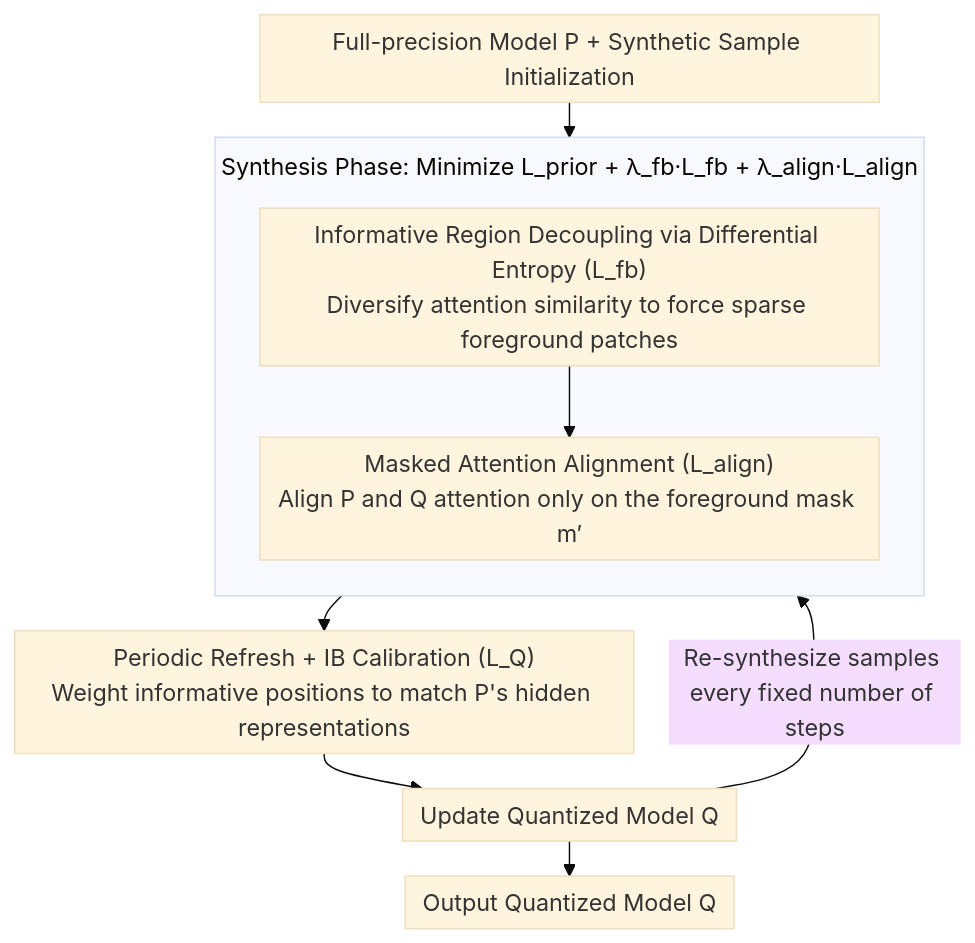
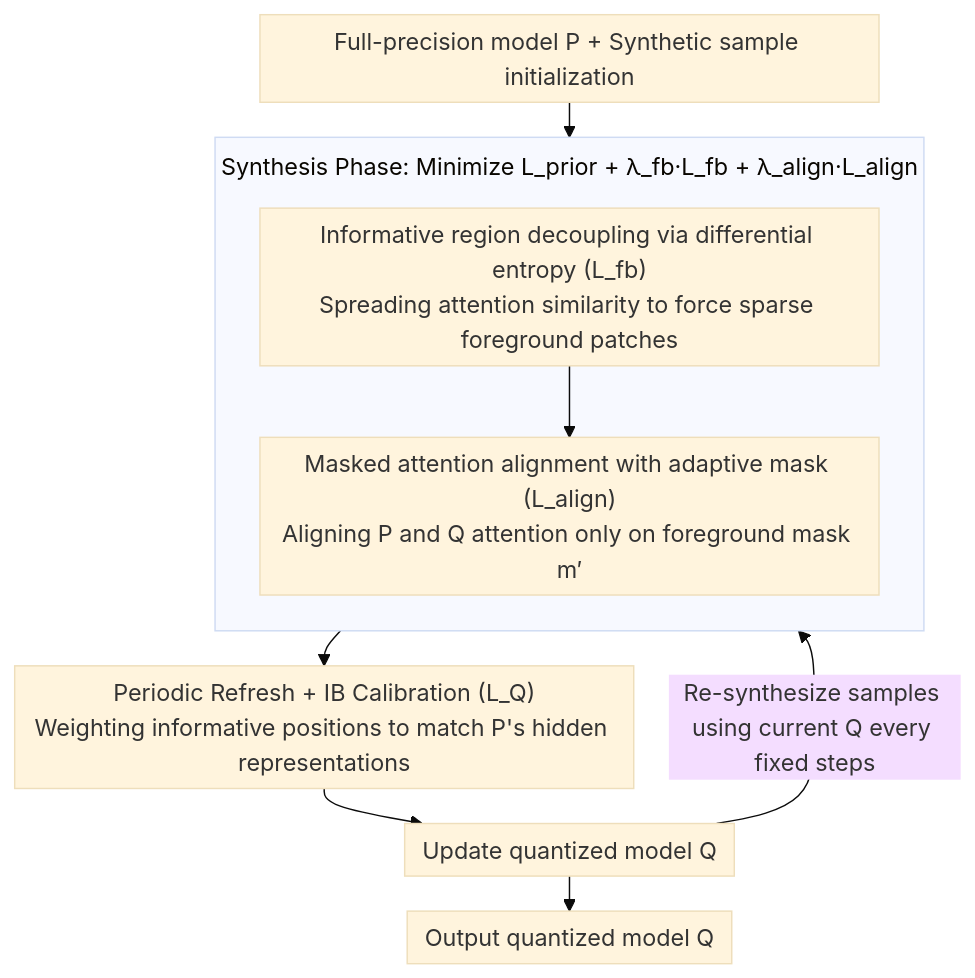
One commit to zhaoyang97/Paper-Notes-en changed the diagram in docs/ICML2026/model_compression/selective_coupling_of_decoupled_informative_regions_masked_attention_alignment_f.md. Above: the diagram before and after it, drawn with Mermaid (base theme). The commit also changed other lines of this file and 5084 other files, not shown here.

````diff
--- a/docs/ICML2026/model_compression/selective_coupling_of_decoupled_informative_regions_masked_attention_alignment_f.md
+++ b/docs/ICML2026/model_compression/selective_coupling_of_decoupled_informative_regions_masked_attention_alignment_f.md
@@ -43,16 +43,16 @@
 ```mermaid
 %%{init: {'flowchart': {'rankSpacing': 24, 'nodeSpacing': 28, 'padding': 6, 'wrappingWidth': 400, 'subGraphTitleMargin': {'top': 8, 'bottom': 16}}}}%%
 flowchart TD
-    A["Full-precision Model P + Synthetic Sample Initialization"]
+    A["Full-precision model P + Synthetic sample initialization"]
     subgraph SYN["Synthesis Phase: Minimize L_prior + λ_fb·L_fb + λ_align·L_align"]
         direction TB
-        B["Informative Region Decoupling via Differential Entropy (L_fb)<br/>Diversify attention similarity to force sparse foreground patches"]
-        C["Masked Attention Alignment (L_align)<br/>Align P and Q attention only on the foreground mask m′"]
+        B["Informative region decoupling via differential entropy (L_fb)<br/>Spreading attention similarity to force sparse foreground patches"]
+        C["Masked attention alignment with adaptive mask (L_align)<br/>Aligning P and Q attention only on foreground mask m′"]
         B --> C
     end
     A --> B
-    C --> D["Periodic Refresh + IB Calibration (L_Q)<br/>Weight informative positions to match P's hidden representations"]
-    D --> E["Update Quantized Model Q"]
-    E -->|Re-synthesize samples every fixed number of steps| B
-    E --> F["Output Quantized Model Q"]
+    C --> D["Periodic Refresh + IB Calibration (L_Q)<br/>Weighting informative positions to match P's hidden representations"]
+    D --> E["Update quantized model Q"]
+    E -->|Re-synthesize samples using current Q every fixed steps| B
+    E --> F["Output quantized model Q"]
 ```
````
